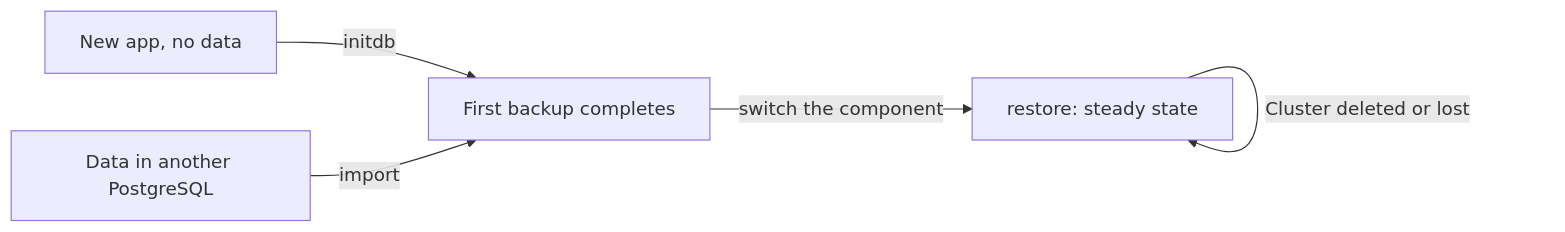
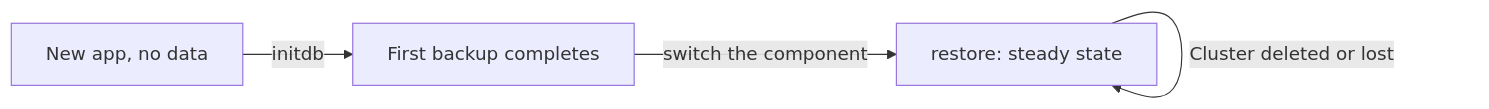
One commit to h-wb/home-ops changed the diagram in kubernetes/components/cnpg/README.md. Above: the diagram before and after it, drawn with Mermaid. The commit also changed other lines of this file and 6 other files, not shown here.

````diff
--- a/kubernetes/components/cnpg/README.md
+++ b/kubernetes/components/cnpg/README.md
@@ -32,7 +31,6 @@
 ```mermaid
 flowchart LR
   N[New app, no data] -->|initdb| B[First backup completes]
-  L[Data in another PostgreSQL] -->|import| B
   B -->|switch the component| R[restore: steady state]
   R -->|Cluster deleted or lost| R
 ```
````
